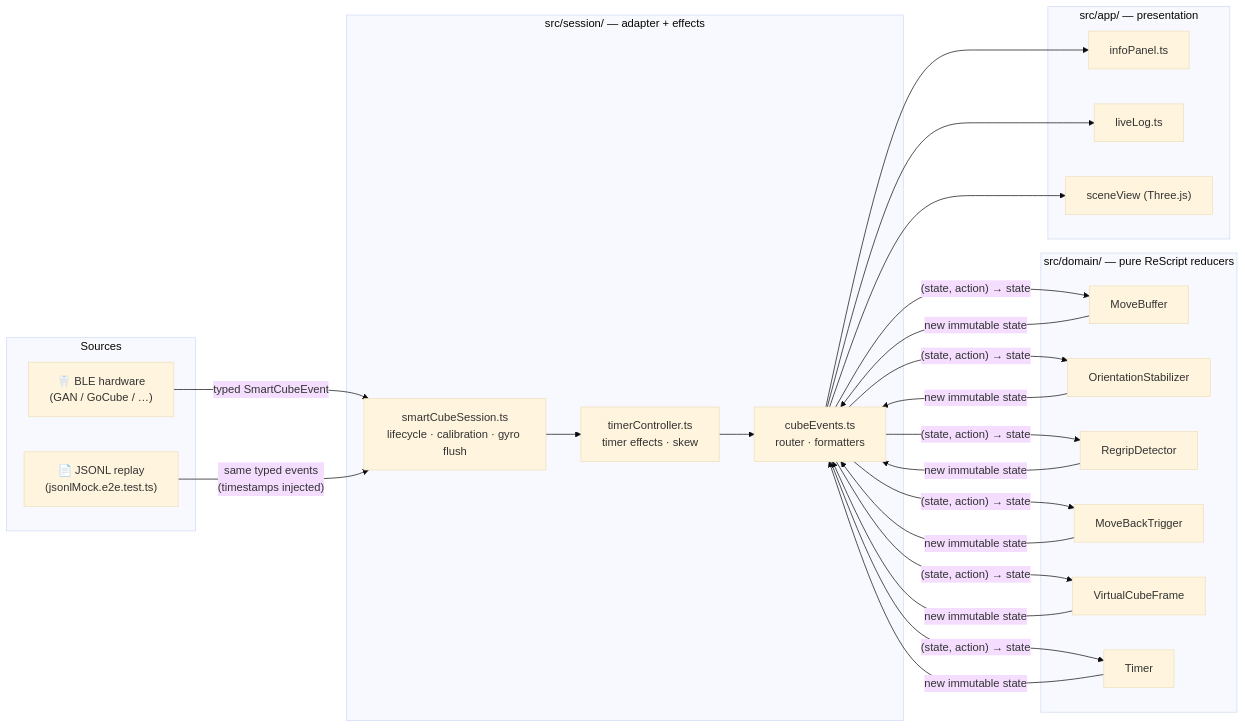
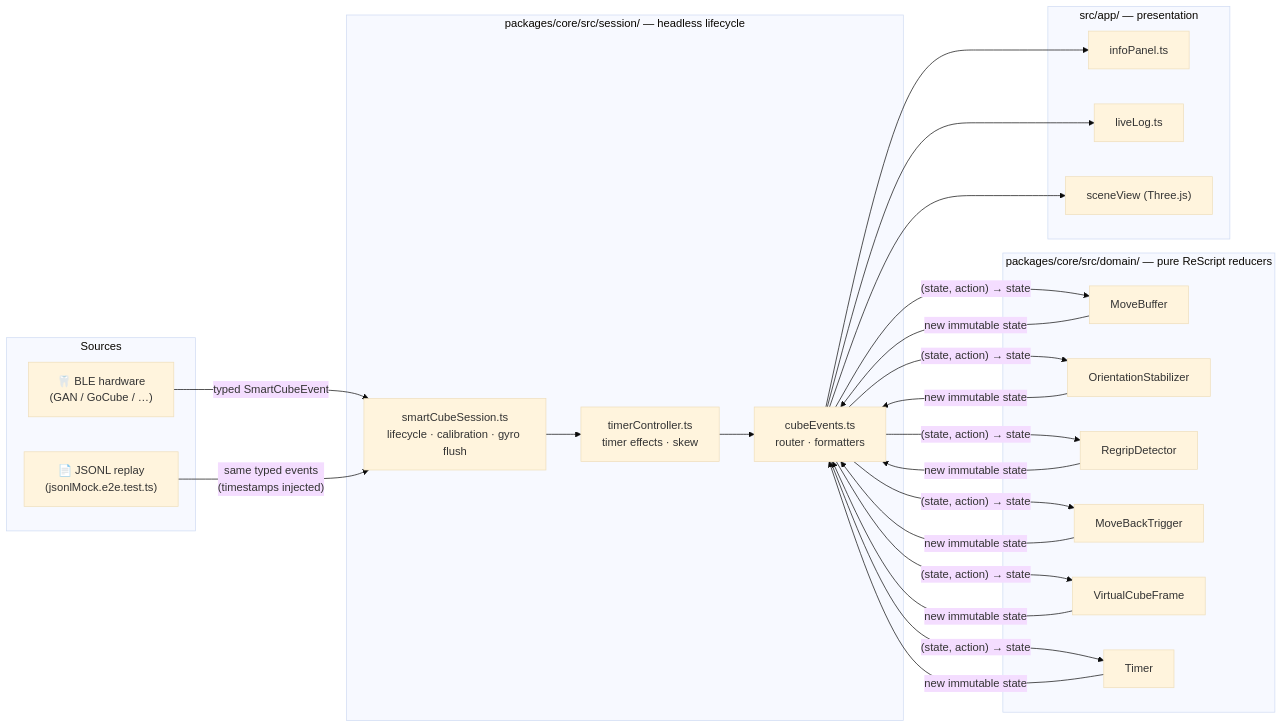
Before and after one commit to wstein/regrip: the diagram in README.md, drawn with Mermaid (base theme). The commit also changed other lines of this file and 5 other files, not shown here.

Commit message:
docs: align architecture with core workspace

````diff
--- a/README.md
+++ b/README.md
@@ -14,35 +14,35 @@
 ```mermaid
 flowchart LR
   subgraph Sources
     BLE["🦷 BLE hardware\n(GAN / GoCube / …)"]
     JSONL["📄 JSONL replay\n(jsonlMock.e2e.test.ts)"]
   end
 
-  subgraph Session ["src/session/ — adapter + effects"]
+  subgraph Session ["packages/core/src/session/ — headless lifecycle"]
     SC["smartCubeSession.ts\nlifecycle · calibration · gyro flush"]
     TC["timerController.ts\ntimer effects · skew"]
     CE["cubeEvents.ts\nrouter · formatters"]
   end
 
-  subgraph Domain ["src/domain/ — pure ReScript reducers"]
+  subgraph Domain ["packages/core/src/domain/ — pure ReScript reducers"]
     MB["MoveBuffer"]
     OS["OrientationStabilizer"]
     RD["RegripDetector"]
     MBT["MoveBackTrigger"]
     VCF["VirtualCubeFrame"]
     TM["Timer"]
   end
 
   subgraph App ["src/app/ — presentation"]
     IP["infoPanel.ts"]
     LL["liveLog.ts"]
     SV["sceneView (Three.js)"]
   end
 
   BLE -->|"typed SmartCubeEvent"| SC
   JSONL -->|"same typed events\n(timestamps injected)"| SC
   SC --> TC --> CE
   CE -->|"(state, action) → state"| MB & OS & RD & MBT & VCF & TM
   MB & OS & RD & MBT & VCF & TM -->|"new immutable state"| CE
   CE --> IP & LL & SV
 ```
````
